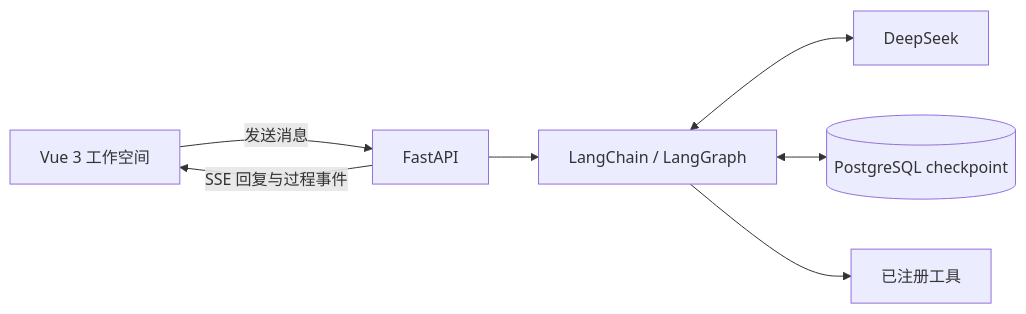
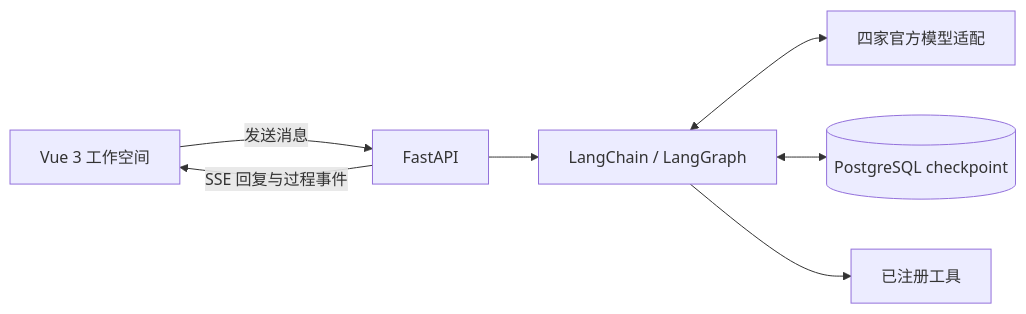
One commit to wkdabl0304-ship-it/zhizhou changed the diagram in README.md. Above: the diagram before and after it, drawn with Mermaid. The commit also changed other lines of this file and 60 other files, not shown here.

````diff
--- a/README.md
+++ b/README.md
@@ -125,9 +126,9 @@
 ```mermaid
 flowchart LR
     UI["Vue 3 工作空间"] -->|发送消息| API["FastAPI"]
     API -->|SSE 回复与过程事件| UI
     API --> Agent["LangChain / LangGraph"]
-    Agent <--> Model["DeepSeek"]
+    Agent <--> Model["四家官方模型适配"]
     Agent <--> DB[("PostgreSQL checkpoint")]
     Agent --> Tools["已注册工具"]
 ```
````
